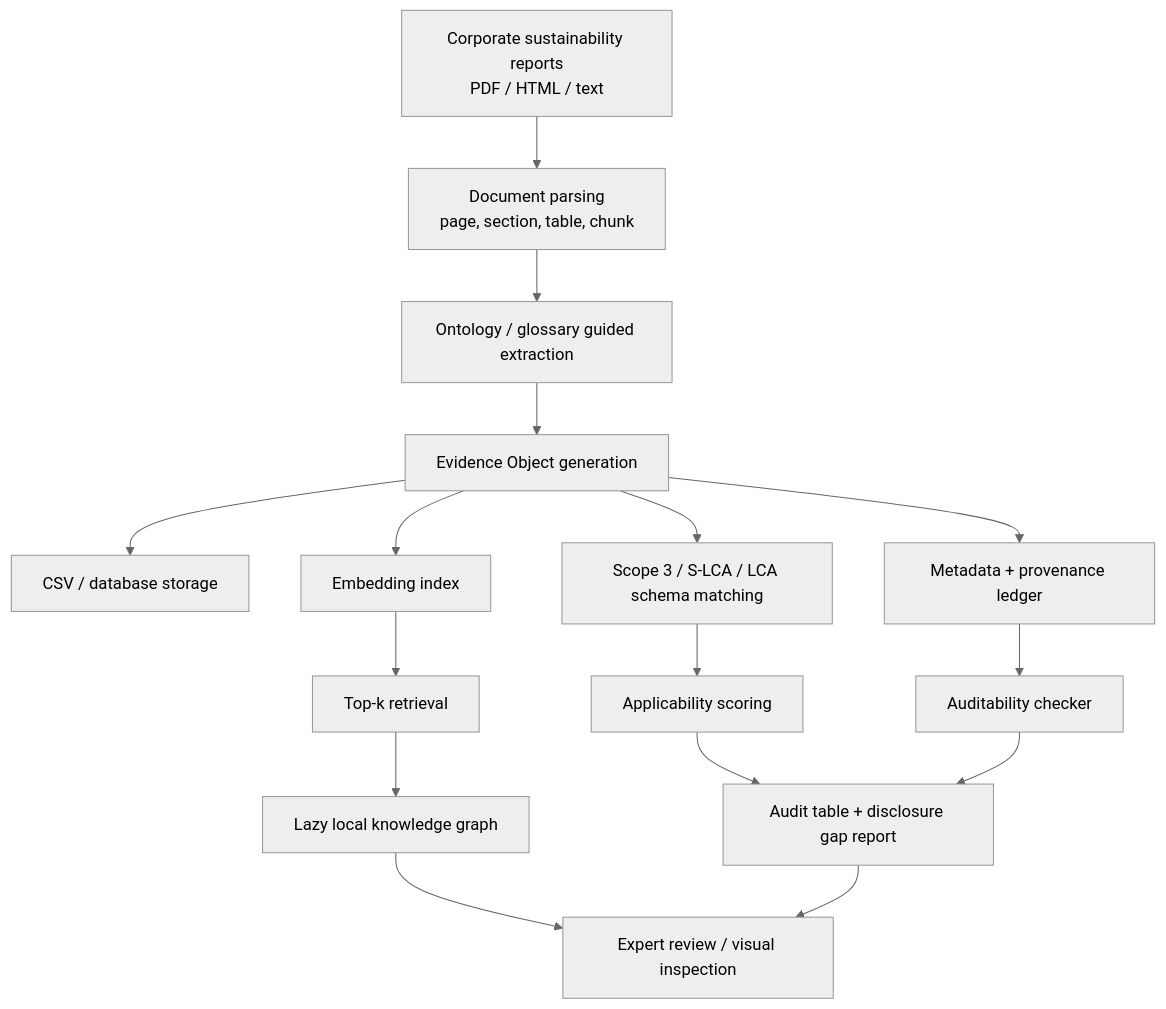
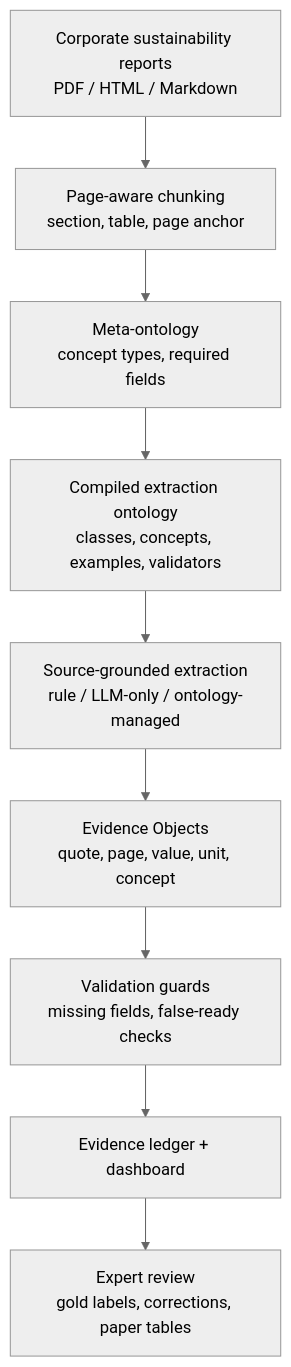
Before and after one commit to Yvnminc/SiliWiki: the diagram in content/wikis/report-to-lca-evidence/content.md, drawn with Mermaid (neutral theme). The commit also changed other lines of this file and 6 other files, not shown here.

Commit message:
Update Report-to-LCA SiliWiki research hub

````diff
--- a/content/wikis/report-to-lca-evidence/content.md
+++ b/content/wikis/report-to-lca-evidence/content.md
@@ -96,18 +51,11 @@
 ```mermaid
 flowchart TD
-    A[Corporate sustainability reports<br/>PDF / HTML / text] --> B[Document parsing<br/>page, section, table, chunk]
-    B --> C[Ontology / glossary guided extraction]
-    C --> D[Evidence Object generation]
-    D --> E[CSV / database storage]
-    D --> F[Metadata + provenance ledger]
-    D --> G[Embedding index]
-    G --> H[Top-k retrieval]
-    H --> I[Lazy local knowledge graph]
-    D --> J[Scope 3 / S-LCA / LCA schema matching]
-    J --> K[Applicability scoring]
-    F --> L[Auditability checker]
-    K --> M[Audit table + disclosure gap report]
-    L --> M
-    I --> N[Expert review / visual inspection]
-    M --> N
+    A[Corporate sustainability reports<br/>PDF / HTML / Markdown] --> B[Page-aware chunking<br/>section, table, page anchor]
+    B --> C[Meta-ontology<br/>concept types, required fields]
+    C --> D[Compiled extraction ontology<br/>classes, concepts, examples, validators]
+    D --> E[Source-grounded extraction<br/>rule / LLM-only / ontology-managed]
+    E --> F[Evidence Objects<br/>quote, page, value, unit, concept]
+    F --> G[Validation guards<br/>missing fields, false-ready checks]
+    G --> H[Evidence ledger + dashboard]
+    H --> I[Expert review<br/>gold labels, corrections, paper tables]
 ```
````
